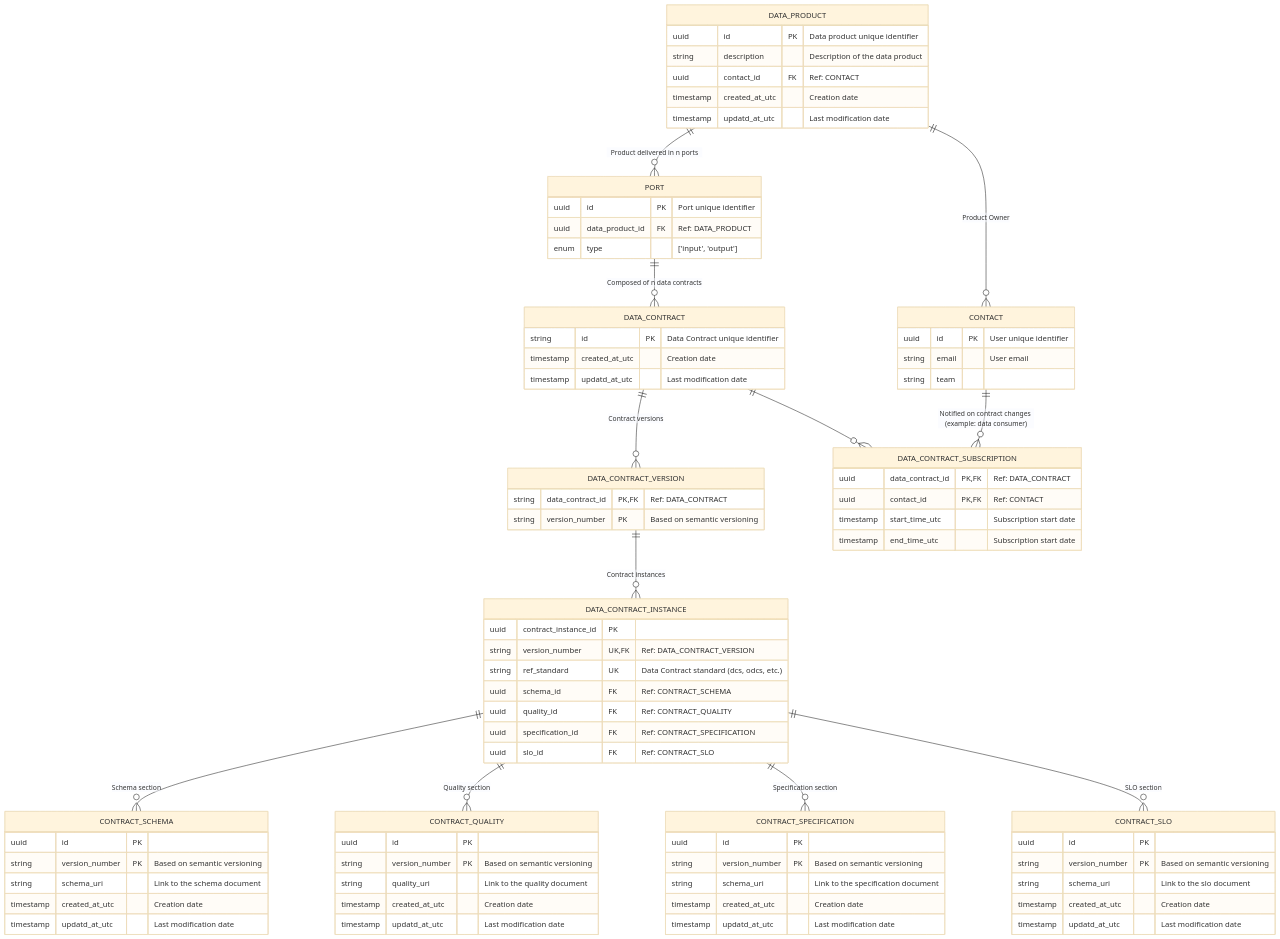
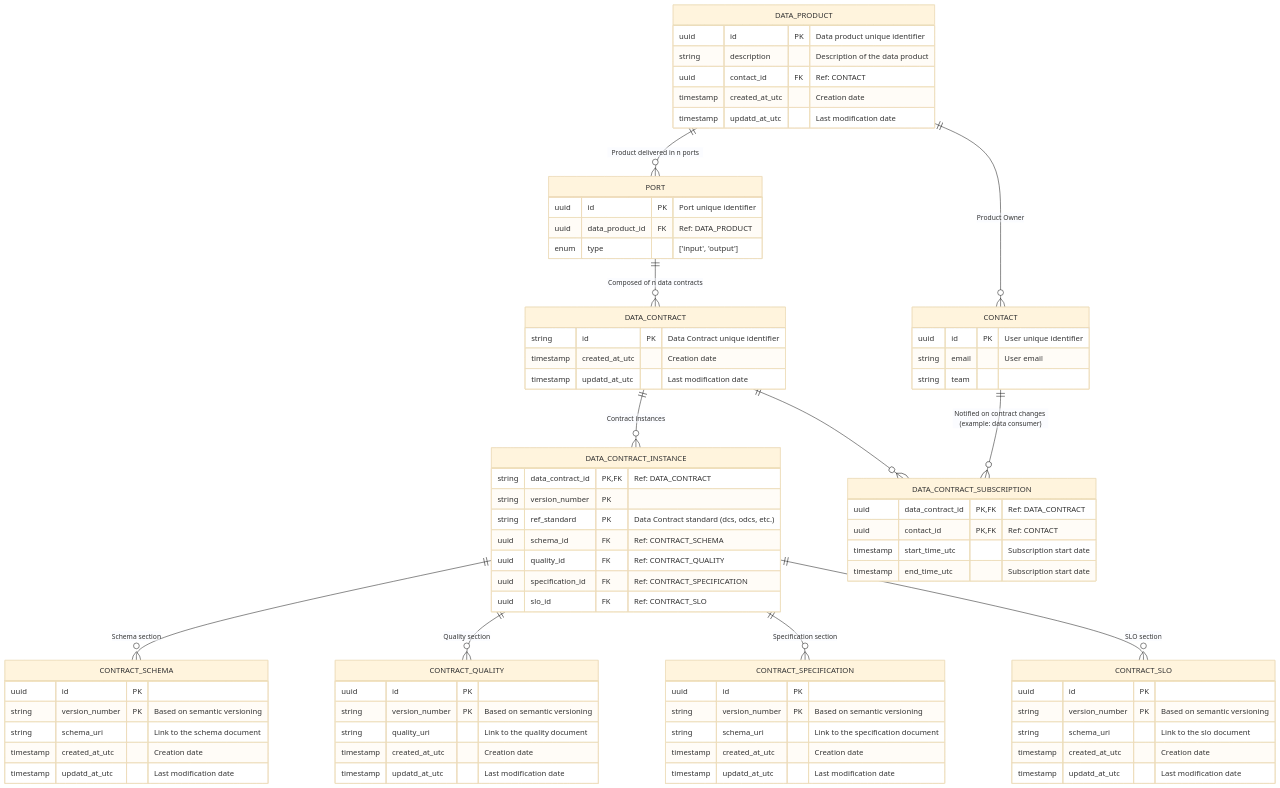
Before and after one commit to monmaya/base-impl: the diagram in docs/relational_model.md, drawn with Mermaid (base theme).

```diff
--- a/docs/relational_model.md
+++ b/docs/relational_model.md
@@ -27,15 +27,10 @@
         timestamp updatd_at_utc "Last modification date"
     }
 
-    DATA_CONTRACT_VERSION {
+    DATA_CONTRACT_INSTANCE {
         string data_contract_id PK, FK "Ref: DATA_CONTRACT"
-        string version_number PK "Based on semantic versioning"
-    }
-
-    DATA_CONTRACT_INSTANCE {
-        uuid contract_instance_id PK
-        string version_number UK, FK "Ref: DATA_CONTRACT_VERSION"
-        string ref_standard UK "Data Contract standard (dcs, odcs, etc.)"
+        string version_number PK
+        string ref_standard PK "Data Contract standard (dcs, odcs, etc.)"
         uuid schema_id FK "Ref: CONTRACT_SCHEMA"
         uuid quality_id FK "Ref: CONTRACT_QUALITY"
         uuid specification_id FK "Ref: CONTRACT_SPECIFICATION"
@@ -88,8 +83,7 @@
     DATA_PRODUCT ||--o{ PORT : "Product delivered in n ports"
     DATA_PRODUCT ||--o{ CONTACT : "Product Owner"
     PORT ||--o{ DATA_CONTRACT : "Composed of n data contracts"
-    DATA_CONTRACT ||--o{ DATA_CONTRACT_VERSION : "Contract versions"
-    DATA_CONTRACT_VERSION ||--o{ DATA_CONTRACT_INSTANCE : "Contract instances"
+    DATA_CONTRACT ||--o{ DATA_CONTRACT_INSTANCE : "Contract instances"
     DATA_CONTRACT ||--o{ DATA_CONTRACT_SUBSCRIPTION : ""
     CONTACT ||--o{ DATA_CONTRACT_SUBSCRIPTION : "Notified on contract changes (example: data consumer)"
     DATA_CONTRACT_INSTANCE ||--o{ CONTRACT_SCHEMA : "Schema section"
```
